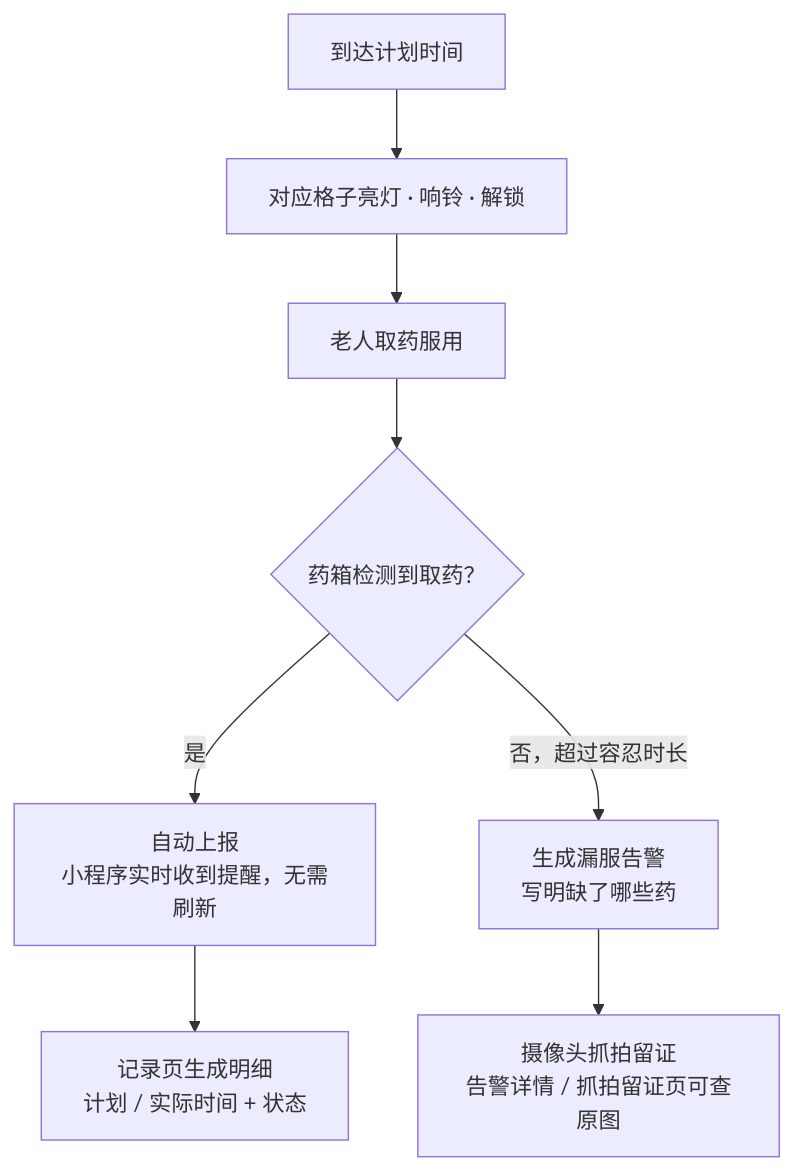
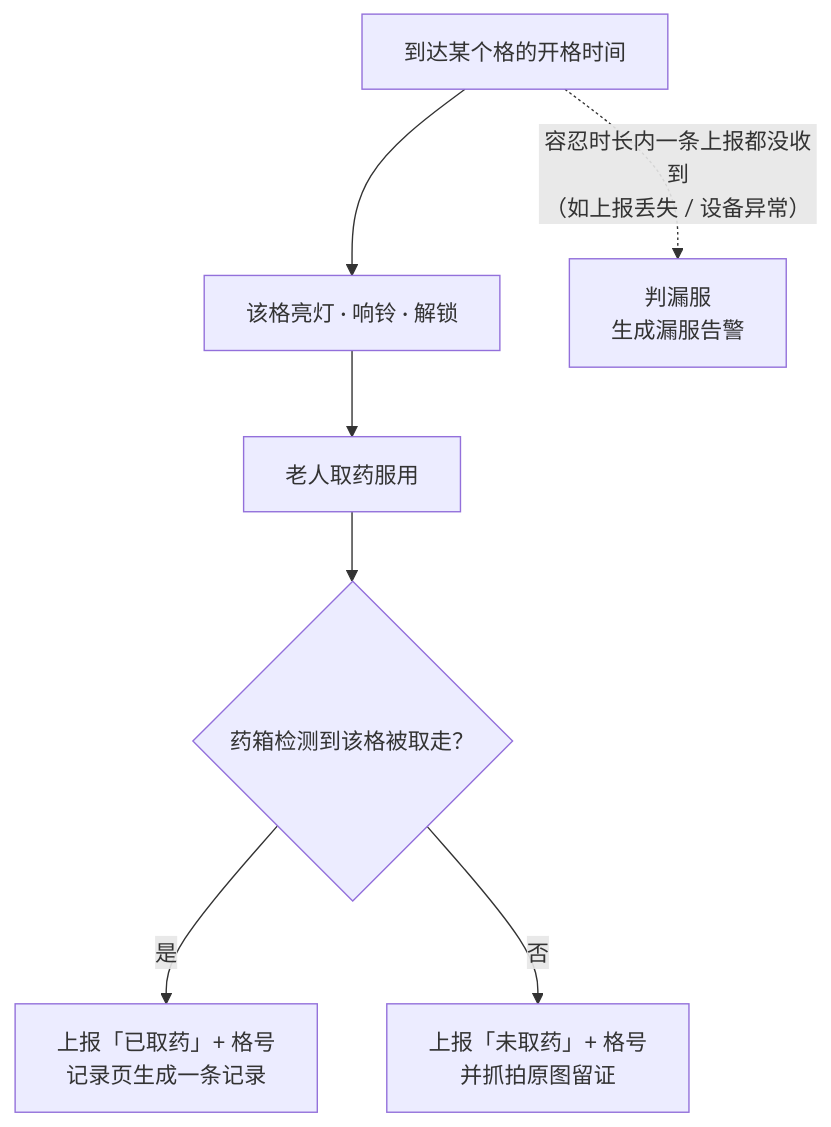
Before and after one commit to Louisyoung7/medbox: the third of 5 diagrams in docs/产品使用说明.md, drawn with Mermaid. The commit also changed other lines of this file and 1 other file, not shown here.

````diff
--- a/docs/产品使用说明.md
+++ b/docs/产品使用说明.md
@@ -115,10 +149,9 @@
 ```mermaid
 flowchart TD
-  T["到达计划时间"] --> A["对应格子亮灯 · 响铃 · 解锁"]
+  T["到达某个格的开格时间"] --> A["该格亮灯 · 响铃 · 解锁"]
   A --> W["老人取药服用"]
-  W --> C{"药箱检测到取药？"}
-  C -->|"是"| OK["自动上报<br/>小程序实时收到提醒，无需刷新"]
-  OK --> REC["记录页生成明细<br/>计划 / 实际时间 + 状态"]
-  C -->|"否，超过容忍时长"| AL["生成漏服告警<br/>写明缺了哪些药"]
-  AL --> SN["摄像头抓拍留证<br/>告警详情 / 抓拍留证页可查原图"]
+  W --> C{"药箱检测到该格被取走？"}
+  C -->|"是"| OK["上报「已取药」+ 格号<br/>记录页生成一条记录"]
+  C -->|"否"| NO["上报「未取药」+ 格号<br/>并抓拍原图留证"]
+  T -.->|"容忍时长内一条上报都没收到<br/>（如上报丢失 / 设备异常）"| AL["判漏服<br/>生成漏服告警"]
 ```
````
